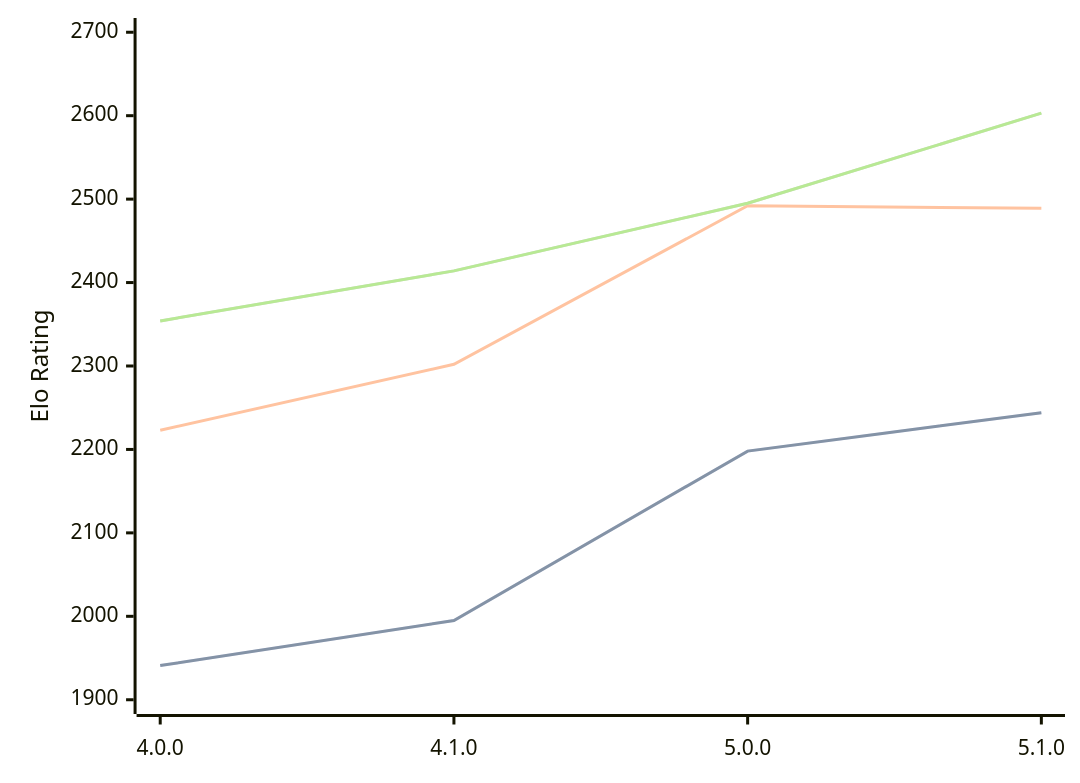
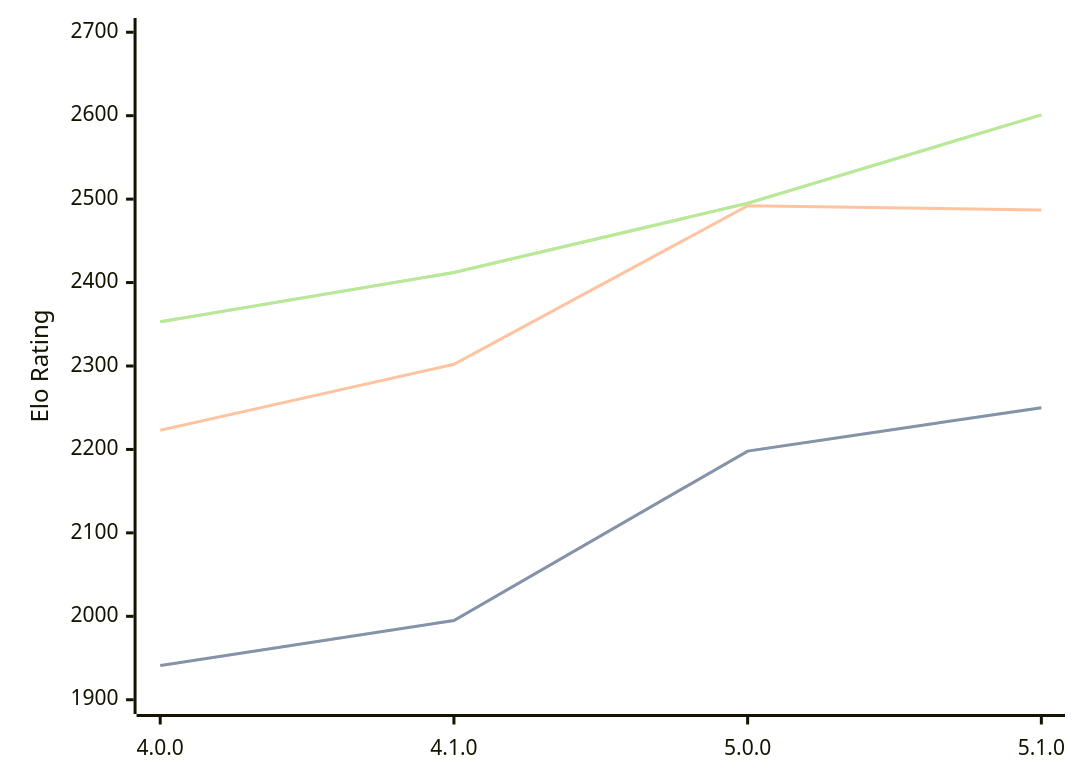
One commit to computer-chess-index/cci changed the diagram in engines/Aconcagua.md. Above: the diagram before and after it, drawn with Mermaid. The commit also changed other lines of this file, not shown here.

Commit message:
Update CCI Ratings (ELO VLTC) - 2026-03-18

````diff
--- a/engines/Aconcagua.md
+++ b/engines/Aconcagua.md
@@ -41,11 +41,11 @@
 ```mermaid
 %%{init: {"theme":"base","themeVariables":{"seriesColors:['#a3a3a3','#222221','#faa371']}}}%%
 xychart-beta
   x-axis ["4.0.0", "4.1.0", "5.0.0", "5.1.0"]
   y-axis "Elo Rating" 1900 --> 2700
-  line "STC (8.0+0.08s)" [1941, 1995, 2198, 2244]
-  line "STC (8.0+0.08s)" [1941, 1995, 2198, 2244]
-  line "LTC (60.0+0.60s)" [2223, 2302, 2492, 2489]
-  line "VLTC (2m24s+1.12s)" [2354, 2414, 2495, 2603]
-  line "VLTC (2m24s+1.12s)" [2354, 2414, 2495, 2603]
+  line "STC (8.0+0.08s)" [1941, 1995, 2198, 2250]
+  line "STC (8.0+0.08s)" [1941, 1995, 2198, 2250]
+  line "LTC (60.0+0.60s)" [2223, 2302, 2492, 2487]
+  line "VLTC (2m24s+1.12s)" [2353, 2412, 2495, 2601]
+  line "VLTC (2m24s+1.12s)" [2353, 2412, 2495, 2601]
 ```
````
